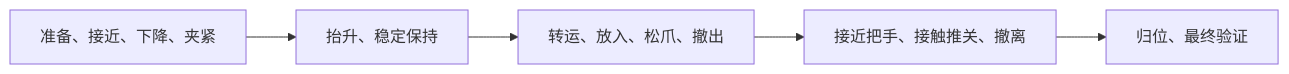
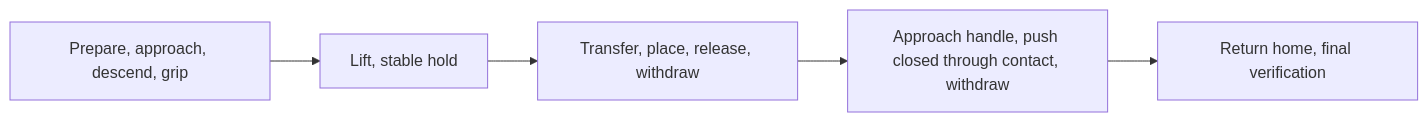
One commit to youseihuayu-wonderful/GPT changed the diagram in README.md. Above: the diagram before and after it, drawn with Mermaid. The commit also changed other lines of this file and 8 other files, not shown here.

````diff
--- a/README.md
+++ b/README.md
@@ -650,7 +656,7 @@
 ```mermaid
 flowchart LR
-  A["准备、接近、下降、夹紧"] --> B["抬升、稳定保持"]
-  B --> C["转运、放入、松爪、撤出"]
-  C --> D["接近把手、接触推关、撤离"]
-  D --> E["归位、最终验证"]
+  A["Prepare, approach, descend, grip"] --> B["Lift, stable hold"]
+  B --> C["Transfer, place, release, withdraw"]
+  C --> D["Approach handle, push closed through contact, withdraw"]
+  D --> E["Return home, final verification"]
 ```
````
